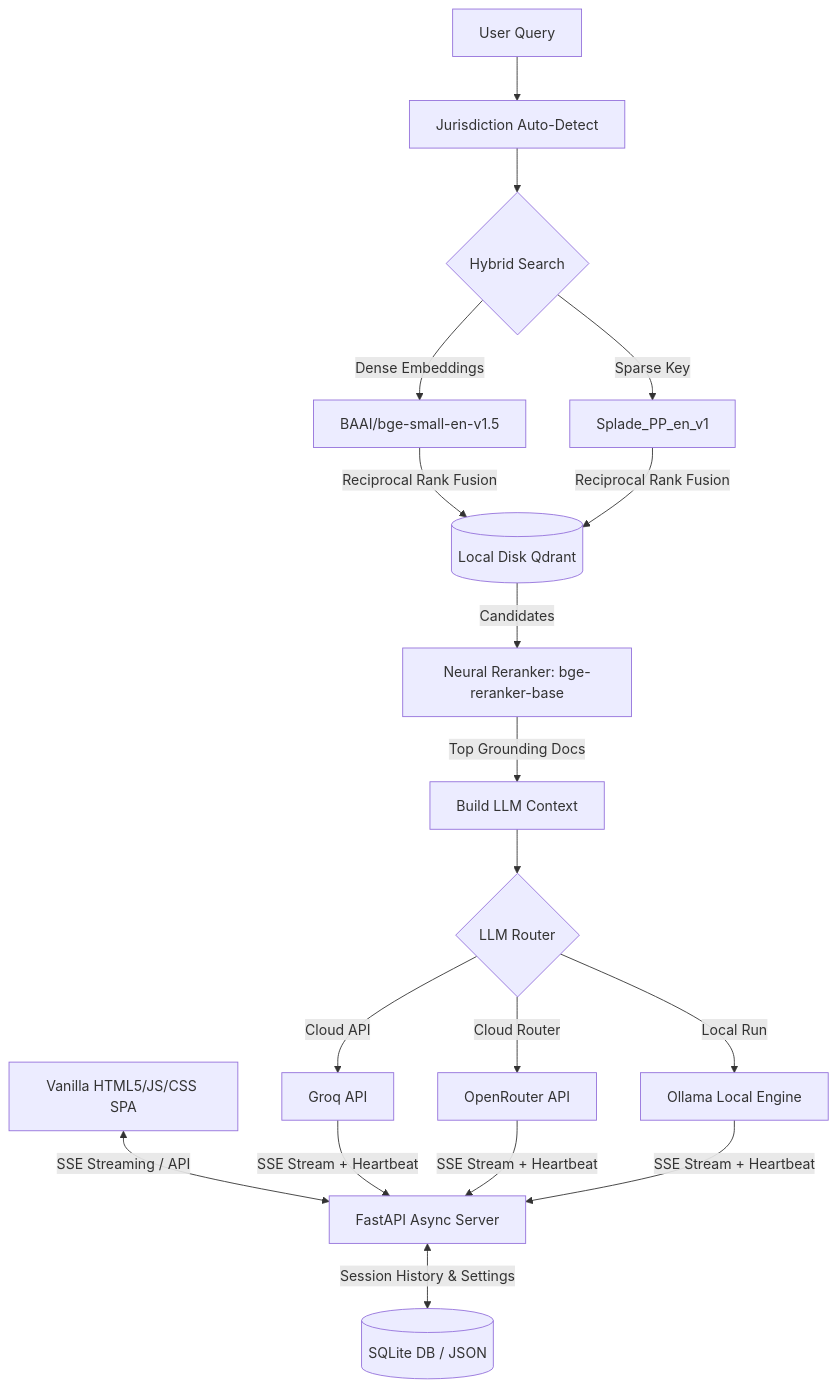
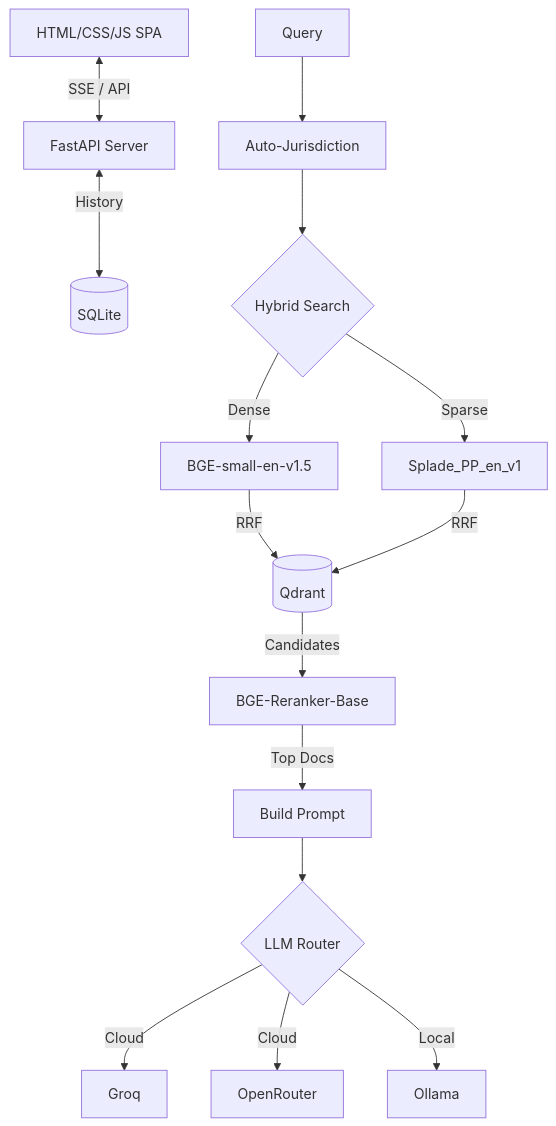
Before and after one commit to eulogik/LexRAG: the diagram in README.md, drawn with Mermaid. The commit also changed other lines of this file and 23 other files, not shown here.

````diff
--- a/README.md
+++ b/README.md
@@ -48,22 +112,16 @@
 ```mermaid
 flowchart TD
-    UI[Vanilla HTML5/JS/CSS SPA] <-->|SSE Streaming / API| FastAPI[FastAPI Async Server]
-    FastAPI <-->|Session History & Settings| SQL[(SQLite DB / JSON)]
-    
-    %% RAG Pipeline
-    Query[User Query] --> Detect[Jurisdiction Auto-Detect]
+    UI[HTML/CSS/JS SPA] <-->|SSE / API| FastAPI[FastAPI Server]
+    FastAPI <-->|History| SQL[(SQLite)]
+    Query --> Detect[Auto-Jurisdiction]
     Detect --> Search{Hybrid Search}
-    Search -->|Dense Embeddings| Dense[BAAI/bge-small-en-v1.5]
-    Search -->|Sparse Key| Sparse[Splade_PP_en_v1]
-    
-    Dense & Sparse -->|Reciprocal Rank Fusion| Qdrant[(Local Disk Qdrant)]
-    Qdrant -->|Candidates| Rerank[Neural Reranker: bge-reranker-base]
-    Rerank -->|Top Grounding Docs| Context[Build LLM Context]
-    Context --> Provider{LLM Router}
-    
-    Provider -->|Cloud API| Groq[Groq API]
-    Provider -->|Cloud Router| OpenRouter[OpenRouter API]
-    Provider -->|Local Run| Ollama[Ollama Local Engine]
-    
-    Groq & OpenRouter & Ollama -->|SSE Stream + Heartbeat| FastAPI
+    Search -->|Dense| Dense[BGE-small-en-v1.5]
+    Search -->|Sparse| Sparse[Splade_PP_en_v1]
+    Dense & Sparse -->|RRF| Qdrant[(Qdrant)]
+    Qdrant -->|Candidates| Rerank[BGE-Reranker-Base]
+    Rerank -->|Top Docs| Context[Build Prompt]
+    Context --> LLM{LLM Router}
+    LLM -->|Cloud| Groq[Groq]
+    LLM -->|Cloud| OpenRouter[OpenRouter]
+    LLM -->|Local| Ollama[Ollama]
 ```
````
